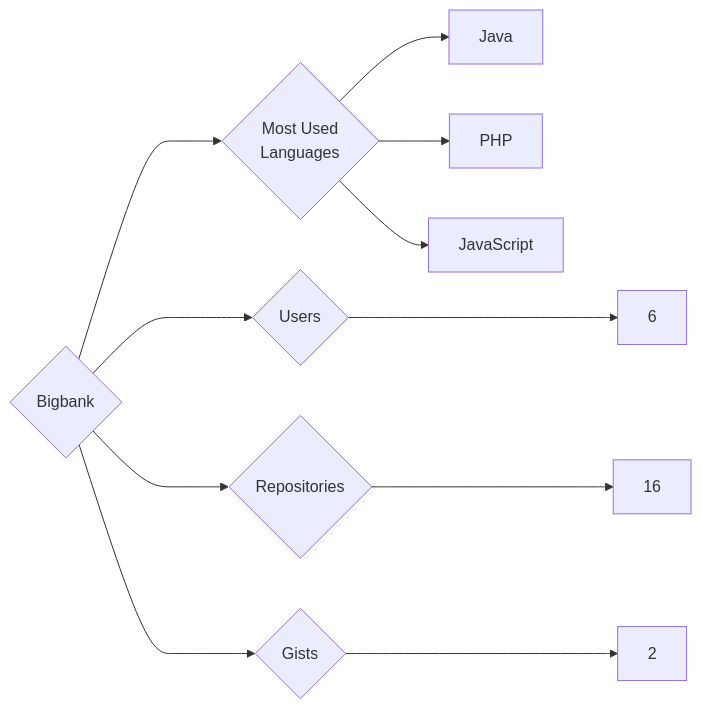
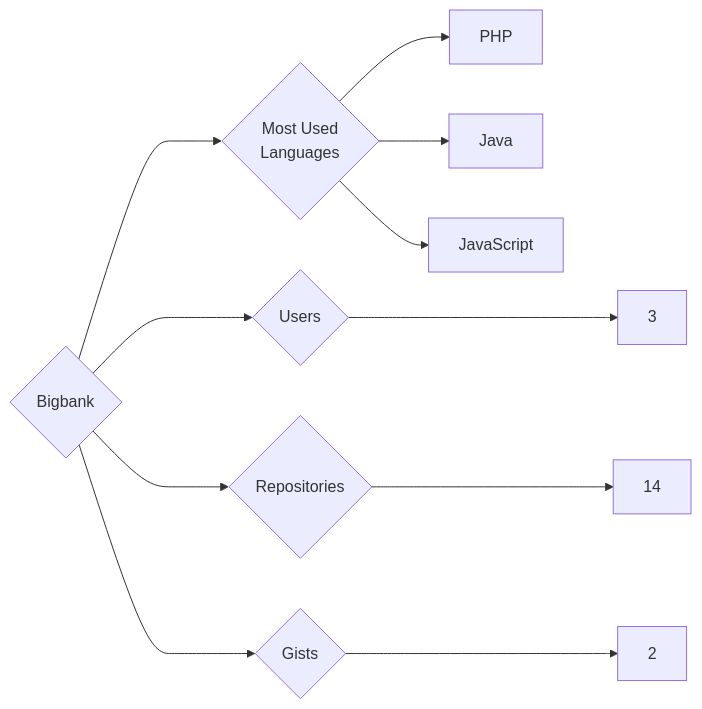
One commit to trickest/insiders changed the diagram in targets/Bigbank/README.md. Above: the diagram before and after it, drawn with Mermaid. The commit also changed 880 other files, not shown here.

````diff
--- a/targets/Bigbank/README.md
+++ b/targets/Bigbank/README.md
@@ -3,11 +3,11 @@
 ```mermaid
 graph LR
 COMPANY_NAME{Bigbank}
-COMPANY_NAME ---> U{Users} ---> UN[6]
-COMPANY_NAME ---> R{Repositories} ---> RN[16]
+COMPANY_NAME ---> U{Users} ---> UN[3]
+COMPANY_NAME ---> R{Repositories} ---> RN[14]
 COMPANY_NAME ---> G{Gists} ---> GN[2]
 COMPANY_NAME ---> ML{Most Used<br>Languages}
+ML --> PHP[PHP]
 ML --> Java[Java]
-ML --> PHP[PHP]
 ML --> JavaScript[JavaScript]
 ```
````
